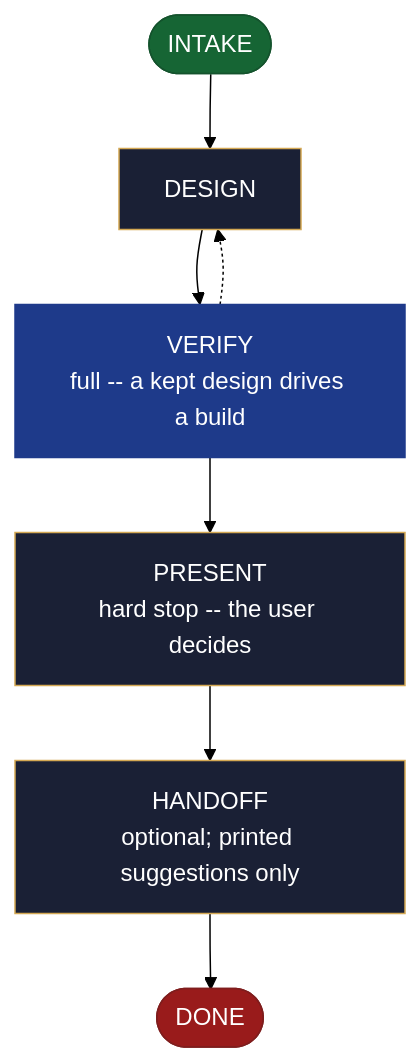
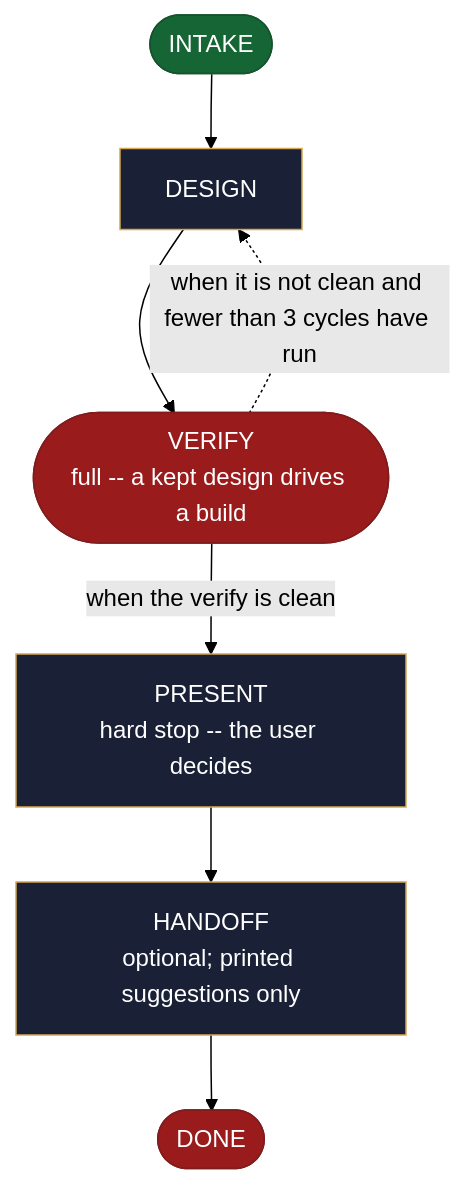
One commit to AndreVianna/aid-methodology changed the diagram in site/src/content/docs/skills/aid-design.md. Above: the diagram before and after it, drawn with Mermaid (forest theme). The commit also changed other lines of this file and 258 other files, not shown here.

````diff
--- a/site/src/content/docs/skills/aid-design.md
+++ b/site/src/content/docs/skills/aid-design.md
@@ -20,33 +20,33 @@
 ```mermaid
 flowchart TB
   classDef aidNode color:#fff
   classDef aidEntry fill:#166534,stroke:#14532d,color:#fff
   classDef aidExit fill:#991b1b,stroke:#7f1d1d,color:#fff
   classDef aidDecision fill:#92400e,stroke:#78350f,color:#fff
   classDef aidLoopBack fill:#1e3a8a,stroke:#1e3a8a,color:#fff
   classDef aidStep fill:#1a2035,stroke:#d4a853,color:#f1f5f9
   n1(["INTAKE"])
   n2["DESIGN"]
-  n3["VERIFY<br/>full -- a kept design drives a build"]
+  n3(["VERIFY<br/>full -- a kept design drives a build"])
   n4["PRESENT<br/>hard stop -- the user decides"]
   n5["HANDOFF<br/>optional; printed suggestions only"]
   n6(["DONE"])
   n1 --> n2
   n2 --> n3
-  n3 -.-> n2
-  n3 --> n4
+  n3 -. "when it is not clean and fewer than 3 cycles have run" .-> n2
+  n3 -->|"when the verify is clean"| n4
   n4 --> n5
   n5 --> n6
   class n1 aidEntry
   class n2 aidStep
-  class n3 aidLoopBack
+  class n3 aidExit
   class n4 aidStep
   class n5 aidStep
   class n6 aidExit
   class n1 aidNode
   class n2 aidNode
   class n3 aidNode
   class n4 aidNode
   class n5 aidNode
   class n6 aidNode
 ```
````
